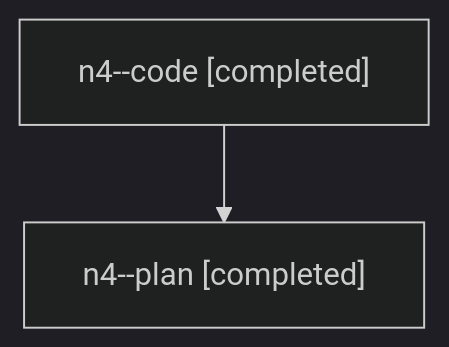
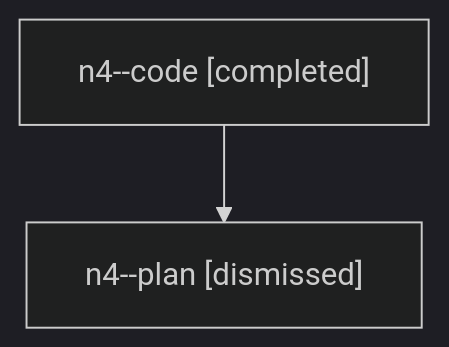
One commit to sase-org/sase--agents changed the diagram in families/bbugyi200.athena.n4.md. Above: the diagram before and after it, drawn with Mermaid (dark theme). The commit also changed other lines of this file and 740 other files, not shown here.

````diff
--- a/families/bbugyi200.athena.n4.md
+++ b/families/bbugyi200.athena.n4.md
@@ -9,6 +9,6 @@
 ```mermaid
 flowchart TD
   n0["n4--code [completed]"]
-  n1["n4--plan [completed]"]
+  n1["n4--plan [dismissed]"]
   n0 --> n1
 ```
````
